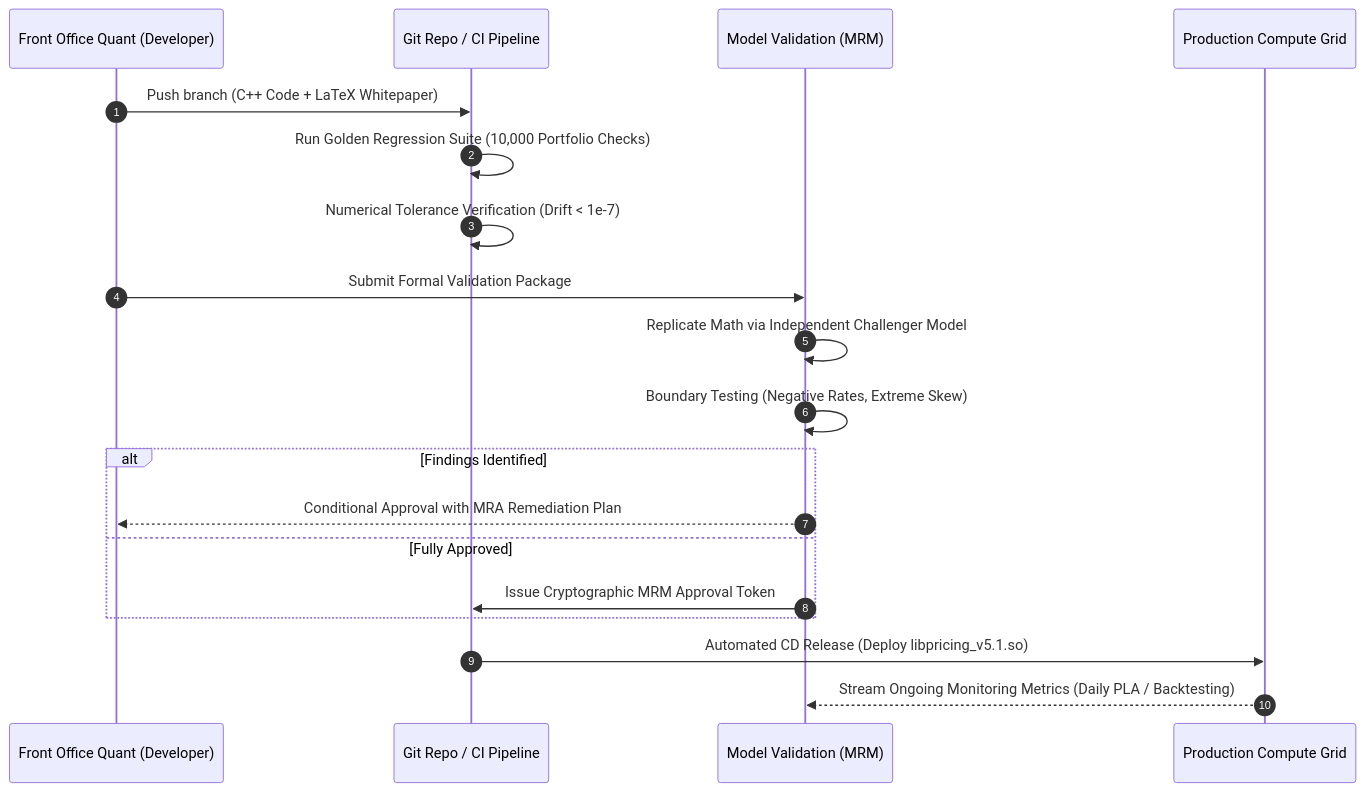
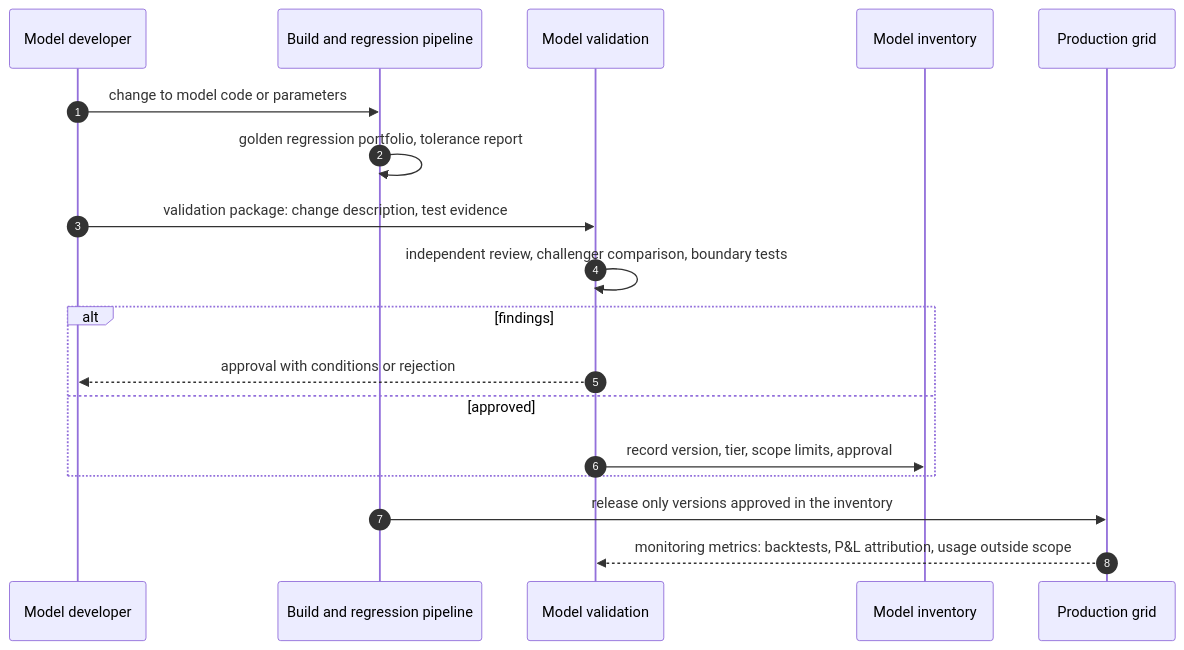
Before and after one commit to shreejitverma/The-Quant-Prep: the second of 2 diagrams in 18-Pricing-and-Risk-Systems/15-Model-Governance.md, drawn with Mermaid. The commit also changed other lines of this file and 14 other files, not shown here.

````diff
--- a/18-Pricing-and-Risk-Systems/15-Model-Governance.md
+++ b/18-Pricing-and-Risk-Systems/15-Model-Governance.md
@@ -96,25 +113,20 @@
 ```mermaid
 sequenceDiagram
     autonumber
-    participant Quant as Front Office Quant (Developer)
-    participant CI as Git Repo / CI Pipeline
-    participant IMV as Model Validation (MRM)
-    participant Prod as Production Compute Grid
-
-    Quant->>CI: Push branch (C++ Code + LaTeX Whitepaper)
-    CI->>CI: Run Golden Regression Suite (10,000 Portfolio Checks)
-    CI->>CI: Numerical Tolerance Verification (Drift < 1e-7)
-    
-    Quant->>IMV: Submit Formal Validation Package
-    IMV->>IMV: Replicate Math via Independent Challenger Model
-    IMV->>IMV: Boundary Testing (Negative Rates, Extreme Skew)
-    
-    alt Findings Identified
-        IMV-->>Quant: Conditional Approval with MRA Remediation Plan
-    else Fully Approved
-        IMV->>CI: Issue Cryptographic MRM Approval Token
+    participant Dev as Model developer
+    participant CI as Build and regression pipeline
+    participant Val as Model validation
+    participant Inv as Model inventory
+    participant Prod as Production grid
+    Dev->>CI: change to model code or parameters
+    CI->>CI: golden regression portfolio, tolerance report
+    Dev->>Val: validation package: change description, test evidence
+    Val->>Val: independent review, challenger comparison, boundary tests
+    alt findings
+        Val-->>Dev: approval with conditions or rejection
+    else approved
+        Val->>Inv: record version, tier, scope limits, approval
     end
-
-    CI->>Prod: Automated CD Release (Deploy libpricing_v5.1.so)
-    Prod-->>IMV: Stream Ongoing Monitoring Metrics (Daily PLA / Backtesting)
+    CI->>Prod: release only versions approved in the inventory
+    Prod-->>Val: monitoring metrics: backtests, P&L attribution, usage outside scope
 ```
````
